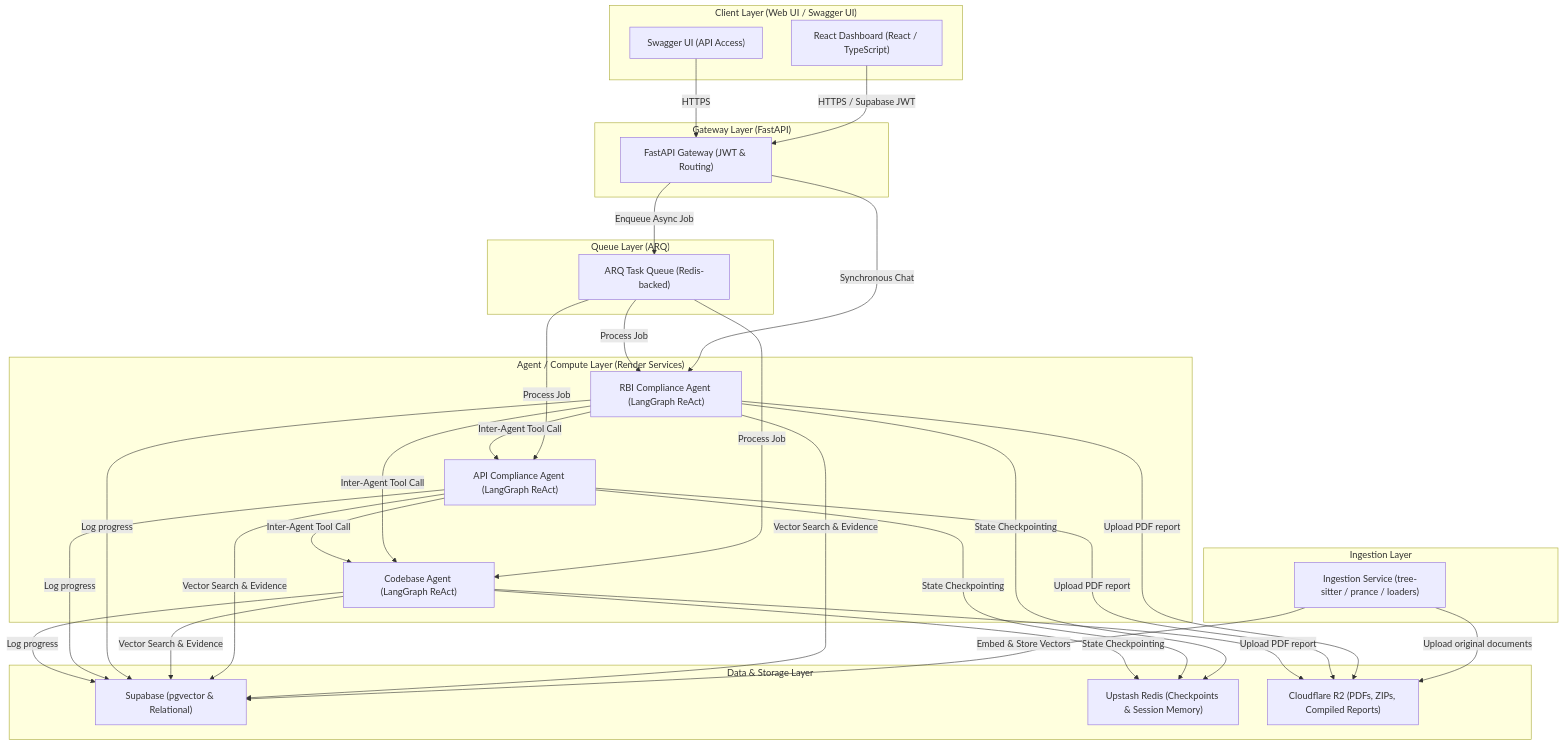
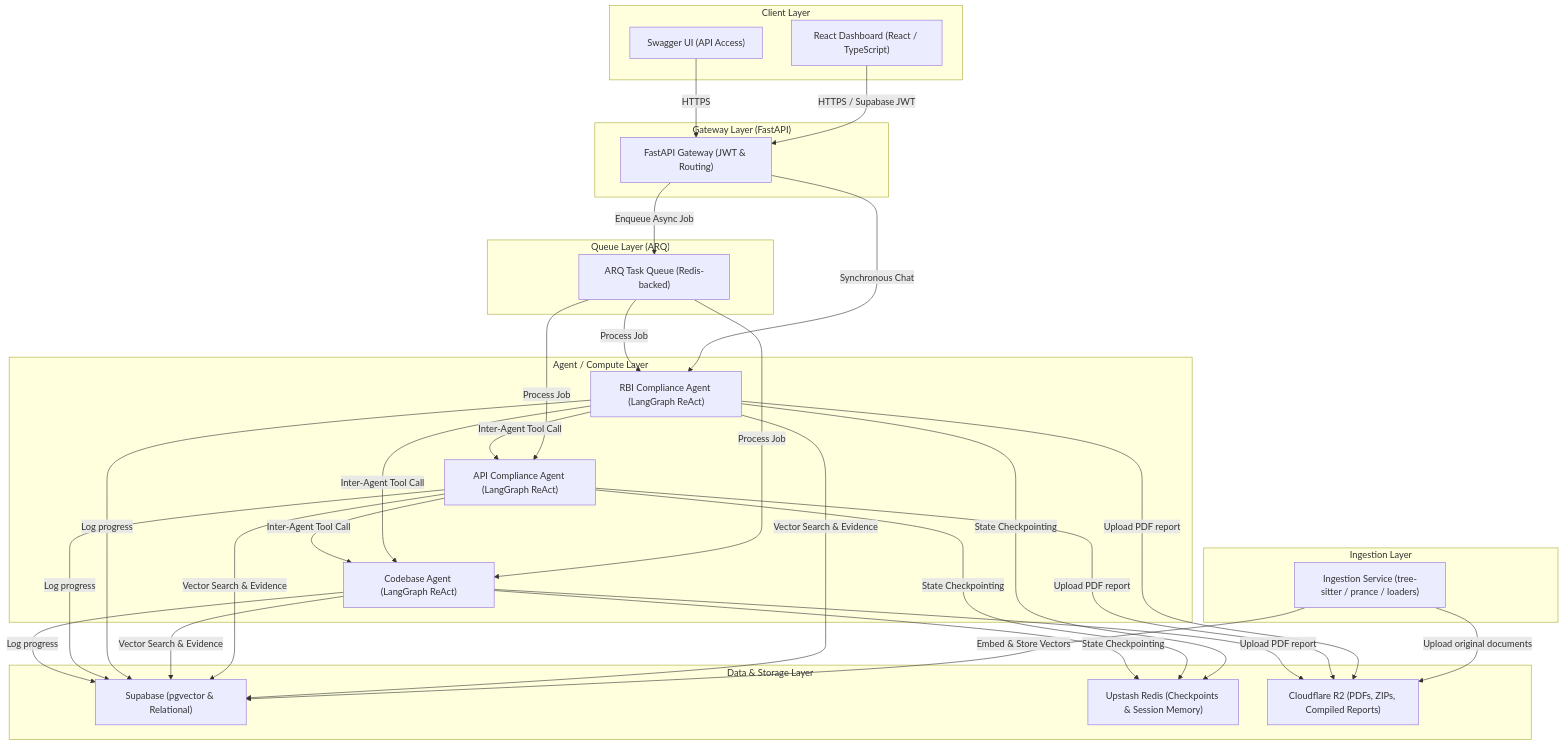
One commit to charansai-1411/BankGaurd changed the first of 2 diagrams in interview.md. Above: the diagram before and after it, drawn with Mermaid.

Commit message:
fix: resolve Mermaid diagram layout rendering error in Q1 on GitHub

````diff
--- a/interview.md
+++ b/interview.md
@@ -31,60 +31,65 @@
 ```mermaid
 graph TD
-    classDef layer fill:#f9f9f9,stroke:#333,stroke-width:2px;
-    classDef component fill:#fff,stroke:#666,stroke-width:1px;
-    
-    subgraph ClientLayer ["Client Layer (Web UI / Swagger UI)"]
+    subgraph ClientLayer ["Client Layer"]
         ReactUI["React Dashboard (React / TypeScript)"]
         SwaggerUI["Swagger UI (API Access)"]
     end
     
     subgraph GatewayLayer ["Gateway Layer (FastAPI)"]
         Gateway["FastAPI Gateway (JWT & Routing)"]
     end
     
     subgraph QueueLayer ["Queue Layer (ARQ)"]
         ARQ["ARQ Task Queue (Redis-backed)"]
     end
     
-    subgraph AgentLayer ["Agent / Compute Layer (Render Services)"]
+    subgraph AgentLayer ["Agent / Compute Layer"]
         RBIAgent["RBI Compliance Agent (LangGraph ReAct)"]
         APIAgent["API Compliance Agent (LangGraph ReAct)"]
         CodeAgent["Codebase Agent (LangGraph ReAct)"]
     end
     
     subgraph IngestionLayer ["Ingestion Layer"]
         Ingester["Ingestion Service (tree-sitter / prance / loaders)"]
     end
     
     subgraph StorageLayer ["Data & Storage Layer"]
         Supabase["Supabase (pgvector & Relational)"]
         Redis["Upstash Redis (Checkpoints & Session Memory)"]
         R2["Cloudflare R2 (PDFs, ZIPs, Compiled Reports)"]
     end
     
     %% Interactions
     ReactUI -->|HTTPS / Supabase JWT| Gateway
     SwaggerUI -->|HTTPS| Gateway
     
     Gateway -->|Enqueue Async Job| ARQ
     Gateway -->|Synchronous Chat| RBIAgent
     
     ARQ -->|Process Job| RBIAgent
     ARQ -->|Process Job| APIAgent
     ARQ -->|Process Job| CodeAgent
     
     Ingester -->|Embed & Store Vectors| Supabase
     Ingester -->|Upload original documents| R2
     
     RBIAgent -->|Vector Search & Evidence| Supabase
     APIAgent -->|Vector Search & Evidence| Supabase
     CodeAgent -->|Vector Search & Evidence| Supabase
     
     RBIAgent -->|Inter-Agent Tool Call| APIAgent
     RBIAgent -->|Inter-Agent Tool Call| CodeAgent
     APIAgent -->|Inter-Agent Tool Call| CodeAgent
     
-    RBIAgent & APIAgent & CodeAgent -->|State Checkpointing| Redis
-    RBIAgent & APIAgent & CodeAgent -->|Upload PDF report| R2
-    RBIAgent & APIAgent & CodeAgent -->|Log progress| Supabase
+    RBIAgent -->|State Checkpointing| Redis
+    APIAgent -->|State Checkpointing| Redis
+    CodeAgent -->|State Checkpointing| Redis
+    
+    RBIAgent -->|Upload PDF report| R2
+    APIAgent -->|Upload PDF report| R2
+    CodeAgent -->|Upload PDF report| R2
+    
+    RBIAgent -->|Log progress| Supabase
+    APIAgent -->|Log progress| Supabase
+    CodeAgent -->|Log progress| Supabase
 ```
````
